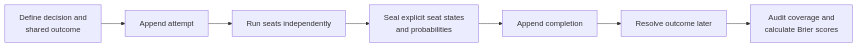
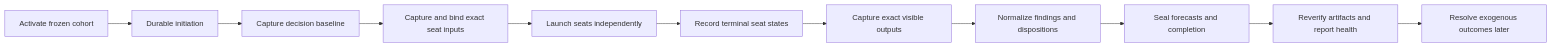
Before and after one commit to garcia42/ai-council: the diagram in README.md, drawn with Mermaid. The commit also changed other lines of this file and 55 other files, not shown here.

````diff
--- a/README.md
+++ b/README.md
@@ -48,9 +61,13 @@
 ```mermaid
 flowchart LR
-    A[Define decision and<br/>shared outcome] --> B[Append attempt]
-    B --> C[Run seats independently]
-    C --> D[Seal explicit seat states<br/>and probabilities]
-    D --> E[Append completion]
-    E --> F[Resolve outcome later]
-    F --> G[Audit coverage and<br/>calculate Brier scores]
+    A[Activate frozen cohort] --> B[Durable initiation]
+    B --> C[Capture decision baseline]
+    C --> D[Capture and bind exact seat inputs]
+    D --> E[Launch seats independently]
+    E --> F[Record terminal seat states]
+    F --> G[Capture exact visible outputs]
+    G --> H[Normalize findings and dispositions]
+    H --> I[Seal forecasts and completion]
+    I --> J[Reverify artifacts and report health]
+    J --> K[Resolve exogenous outcomes later]
 ```
````
